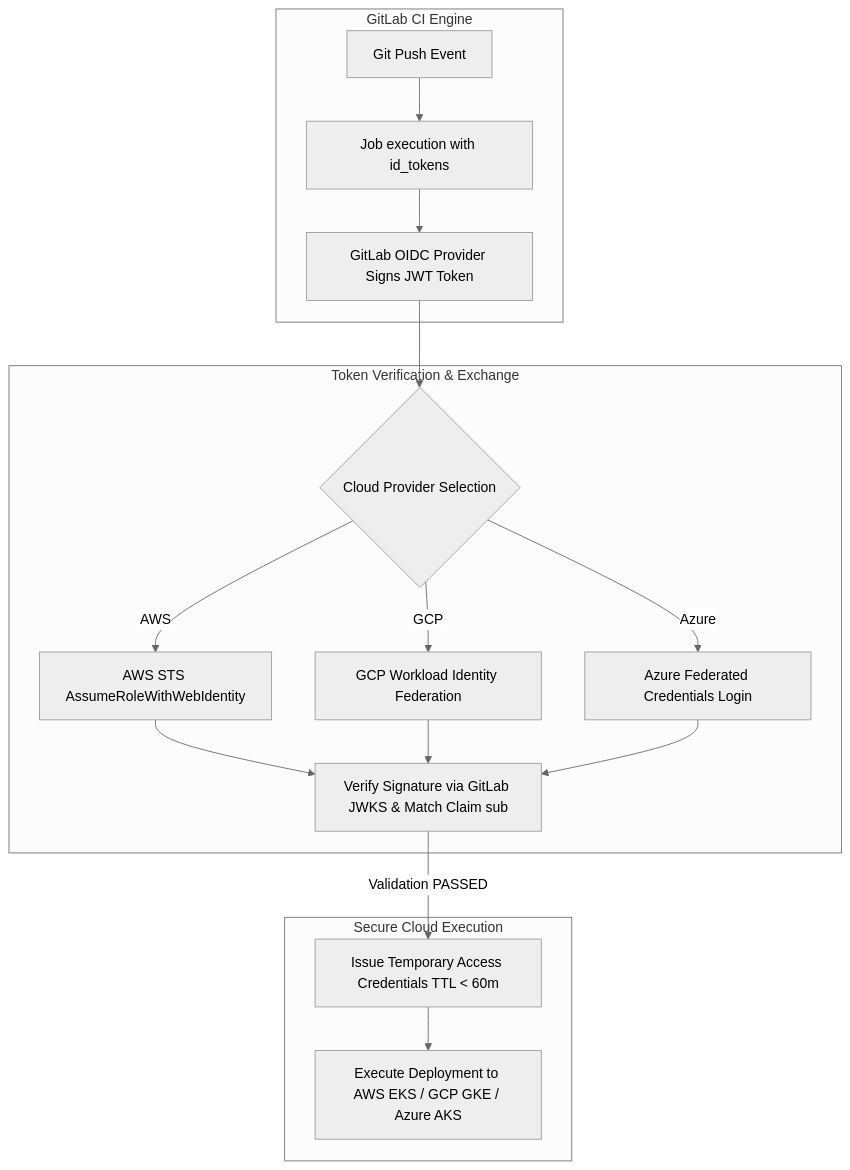
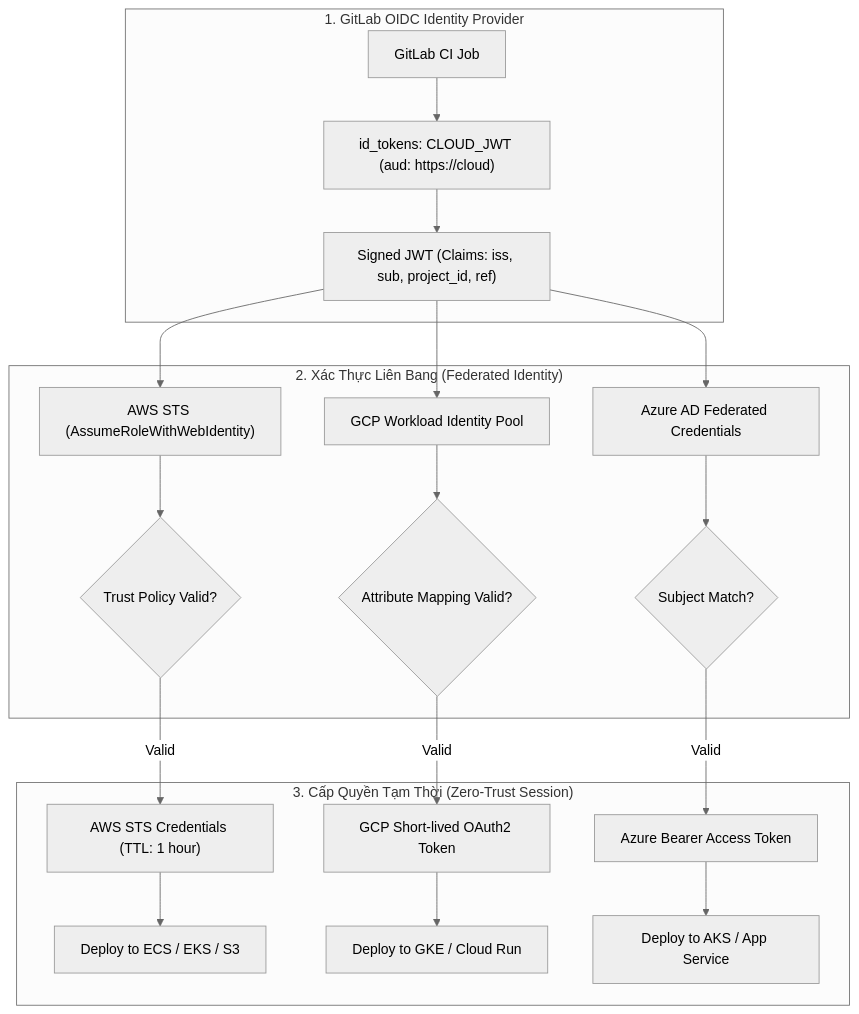
The diagram in _posts/2026-09-12-gitlab-37-37-oidc-federation-nguyen-ly.md (kiennt308/ntk), drawn with Mermaid (neutral theme) before and after one commit. The commit also changed other lines of this file and 48 other files, not shown here.

````diff
--- a/_posts/2026-09-12-gitlab-37-37-oidc-federation-nguyen-ly.md
+++ b/_posts/2026-09-12-gitlab-37-37-oidc-federation-nguyen-ly.md
@@ -471,23 +72,27 @@
 ```mermaid
-flowchart TD
-    subgraph GitLab CI Engine
-        A[Git Push Event] --> B[Job execution with id_tokens]
-        B --> C[GitLab OIDC Provider Signs JWT Token]
+graph TD
+    subgraph GITLAB_IDP["1. GitLab OIDC Identity Provider"]
+        JOB["GitLab CI Job"] --> ID_TOKENS["id_tokens: CLOUD_JWT (aud: https://cloud)"]
+        ID_TOKENS --> SIGNED_JWT["Signed JWT (Claims: iss, sub, project_id, ref)"]
     end
 
-    subgraph Token Verification & Exchange
-        C --> D{"Cloud Provider Selection"}
-        D -->|"AWS"| E[AWS STS AssumeRoleWithWebIdentity]
-        D -->|"GCP"| F[GCP Workload Identity Federation]
-        D -->|"Azure"| G[Azure Federated Credentials Login]
-        
-        E --> H[Verify Signature via GitLab JWKS & Match Claim sub]
-        F --> H
-        G --> H
+    subgraph CLOUD_FEDERATION["2. Xác Thực Liên Bang (Federated Identity)"]
+        SIGNED_JWT --> AWS_STS["AWS STS (AssumeRoleWithWebIdentity)"]
+        SIGNED_JWT --> GCP_WIF["GCP Workload Identity Pool"]
+        SIGNED_JWT --> AZURE_ENTRA["Azure AD Federated Credentials"]
+
+        AWS_STS --> AWS_TRUST{"Trust Policy Valid?"}
+        GCP_WIF --> GCP_TRUST{"Attribute Mapping Valid?"}
+        AZURE_ENTRA --> AZ_TRUST{"Subject Match?"}
     end
 
-    subgraph Secure Cloud Execution
-        H -->|"Validation PASSED"| I[Issue Temporary Access Credentials TTL < 60m]
-        I --> J[Execute Deployment to AWS EKS / GCP GKE / Azure AKS]
+    subgraph SHORT_LIVED_CREDENTIALS["3. Cấp Quyền Tạm Thời (Zero-Trust Session)"]
+        AWS_TRUST -->|"Valid"| AWS_CREDS["AWS STS Credentials (TTL: 1 hour)"]
+        GCP_TRUST -->|"Valid"| GCP_CREDS["GCP Short-lived OAuth2 Token"]
+        AZ_TRUST -->|"Valid"| AZ_CREDS["Azure Bearer Access Token"]
+
+        AWS_CREDS --> RUN_DEPLOY["Deploy to ECS / EKS / S3"]
+        GCP_CREDS --> RUN_DEPLOY2["Deploy to GKE / Cloud Run"]
+        AZ_CREDS --> RUN_DEPLOY3["Deploy to AKS / App Service"]
     end
 ```
````
